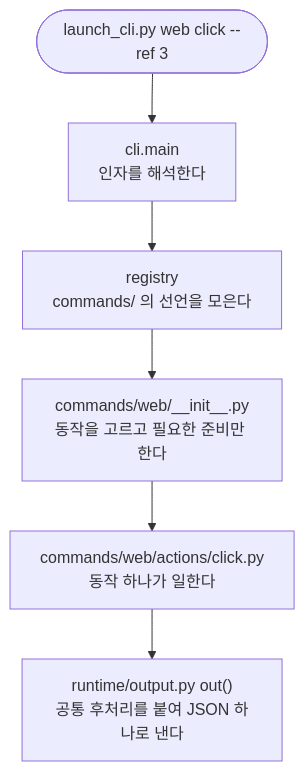
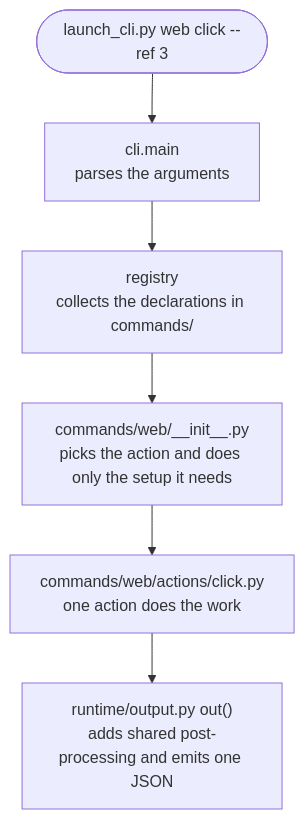
One commit to Cassiiopeia/projectops changed the diagram in skills/pro-launch/scripts/pro_launch/ARCHITECTURE.md. Above: the diagram before and after it, drawn with Mermaid. The commit also changed other lines of this file and 8 other files, not shown here.

Commit message:
English-by-default roadmap: CLI, workflows, skills, docs : docs : translate pro-launch SKILL.md, references (app, web, credentials, server, memory, render, extending) and the pro_launch code map to English https://github.com/Cassiiopeia/projectops/issues/769

````diff
--- a/skills/pro-launch/scripts/pro_launch/ARCHITECTURE.md
+++ b/skills/pro-launch/scripts/pro_launch/ARCHITECTURE.md
@@ -10,8 +10,8 @@
 ```mermaid
 flowchart TD
-    A(["launch_cli.py web click --ref 3"]) --> B["cli.main<br/>인자를 해석한다"]
-    B --> C["registry<br/>commands/ 의 선언을 모은다"]
-    C --> D["commands/web/__init__.py<br/>동작을 고르고 필요한 준비만 한다"]
-    D --> E["commands/web/actions/click.py<br/>동작 하나가 일한다"]
-    E --> F["runtime/output.py out()<br/>공통 후처리를 붙여 JSON 하나로 낸다"]
+    A(["launch_cli.py web click --ref 3"]) --> B["cli.main<br/>parses the arguments"]
+    B --> C["registry<br/>collects the declarations in commands/"]
+    C --> D["commands/web/__init__.py<br/>picks the action and does only the setup it needs"]
+    D --> E["commands/web/actions/click.py<br/>one action does the work"]
+    E --> F["runtime/output.py out()<br/>adds shared post-processing and emits one JSON"]
 ```
````
